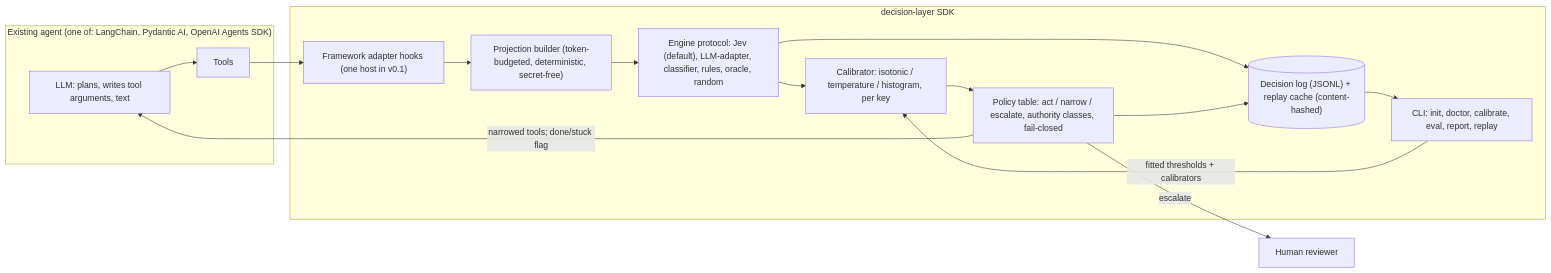
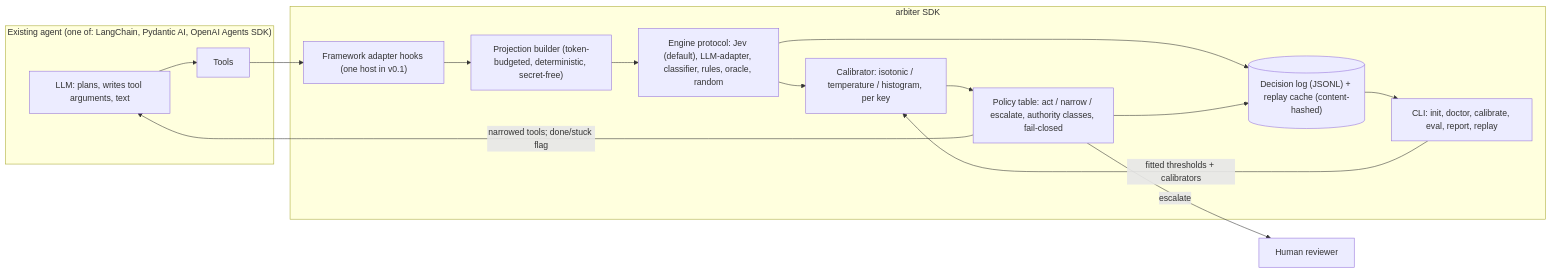
The second of 5 diagrams in docs/PLAN.md (shrijacked/ARBITER), drawn with Mermaid before and after one commit. The commit also changed other lines of this file and 8 other files, not shown here.

````diff
--- a/docs/PLAN.md
+++ b/docs/PLAN.md
@@ -121,25 +121,25 @@
 ```mermaid
 flowchart LR
     subgraph hostAgent ["Existing agent (one of: LangChain, Pydantic AI, OpenAI Agents SDK)"]
         LLM["LLM: plans, writes tool arguments, text"]
         Tools[Tools]
     end
-    subgraph sdk ["decision-layer SDK"]
+    subgraph sdk ["arbiter SDK"]
         Adapter["Framework adapter hooks (one host in v0.1)"]
         Proj["Projection builder (token-budgeted, deterministic, secret-free)"]
         Engines["Engine protocol: Jev (default), LLM-adapter, classifier, rules, oracle, random"]
         Calib["Calibrator: isotonic / temperature / histogram, per key"]
         Policy["Policy table: act / narrow / escalate, authority classes, fail-closed"]
         LogStore[("Decision log (JSONL) + replay cache (content-hashed)")]
         Cli["CLI: init, doctor, calibrate, eval, report, replay"]
     end
     Human[Human reviewer]
     Adapter --> Proj --> Engines --> Calib --> Policy
     Policy -->|"narrowed tools; done/stuck flag"| LLM
     Policy -->|escalate| Human
     LLM --> Tools --> Adapter
     Engines --> LogStore
     Policy --> LogStore
     LogStore --> Cli
     Cli -->|"fitted thresholds + calibrators"| Calib
 ```
````
